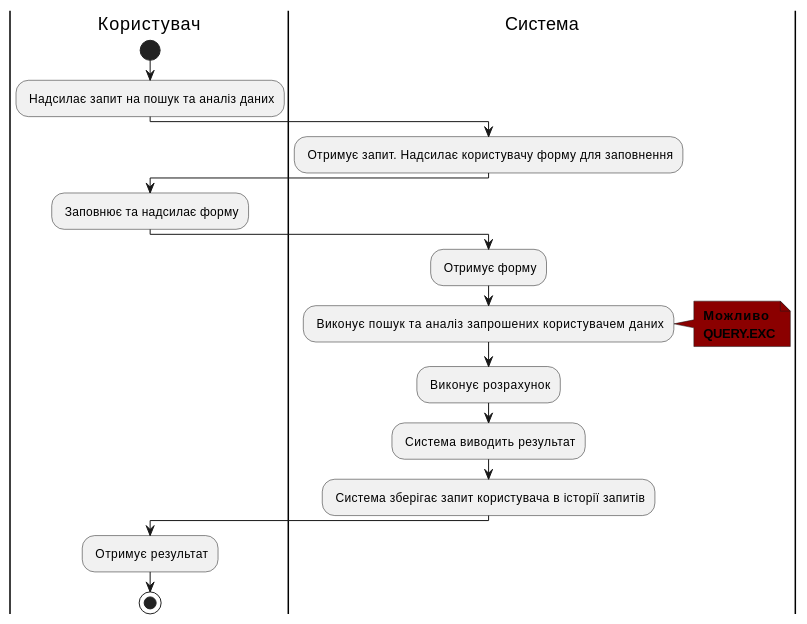
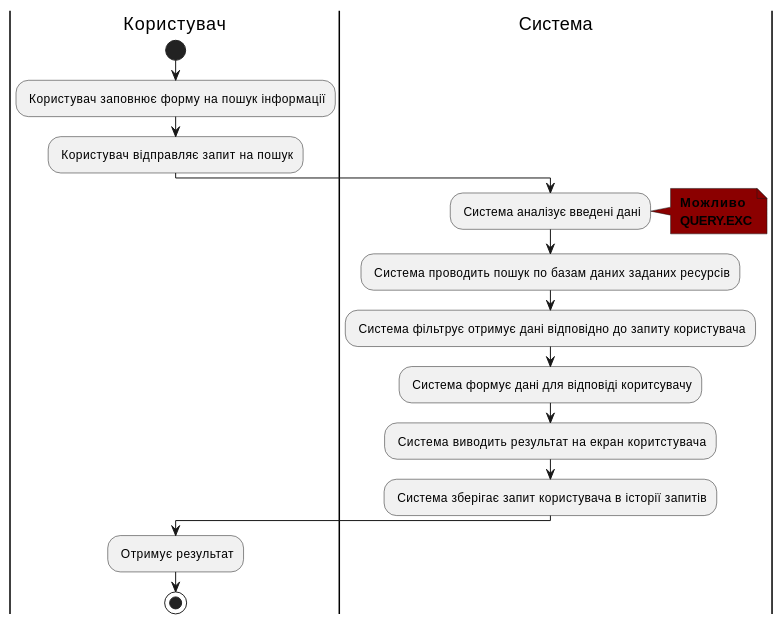
The third of 5 diagrams in docs/use cases/README.md (Stik27/content_analysis_project), drawn with PlantUML before and after one commit. The commit also changed other lines of this file, not shown here.

```diff
--- a/docs/use cases/README.md
+++ b/docs/use cases/README.md
@@ -84,24 +85,22 @@
 @startuml
 
         |Користувач|
             start
-            : Надсилає запит на пошук та аналіз даних;
+            : Користувач заповнює форму на пошук інформації;
+            : Користувач відправляє запит на пошук;
         |Система|
-            : Отримує запит. Надсилає користувачу форму для заповнення;
-        |Користувач|
-            : Заповнює та надсилає форму;
-        |Система|  
-            : Отримує форму;
-            : Виконує пошук та аналіз запрошених користувачем даних;
+            : Система аналізує введені дані;
             note right #8B0000
             <b> Можливо
             <b> QUERY.EXC
             end note
-            : Виконує розрахунок;
-            : Система виводить результат;
+            : Система проводить пошук по базам даних заданих ресурсів;
+            : Система фільтрує отримує дані відповідно до запиту користувача;
+            : Система формує дані для відповіді коритсувачу;
+            : Система виводить результат на екран коритстувача;
             : Система зберігає запит користувача в історії запитів;
         |Користувач|
             : Отримує результат;
             stop;
 
 @enduml
```
